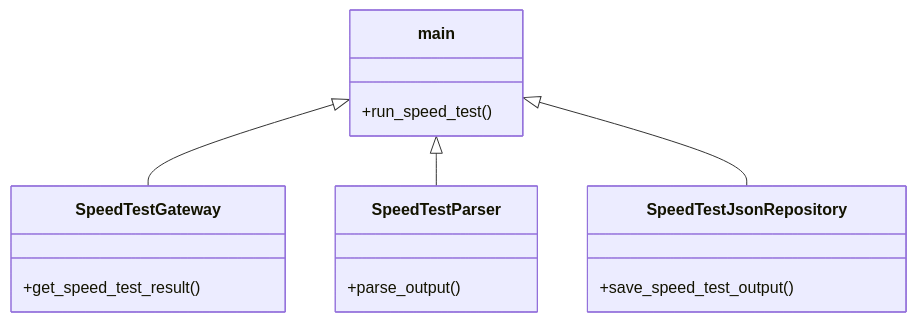
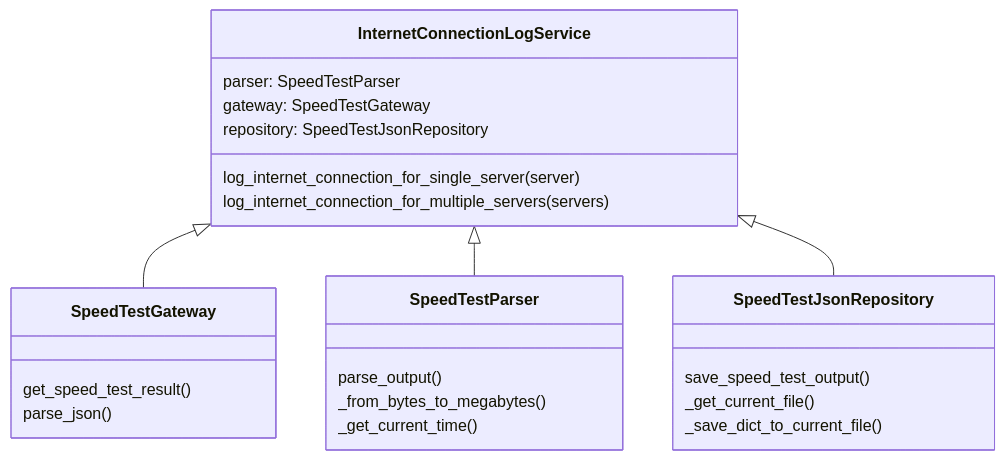
The diagram in README.md (galloramiro/internet-connection-log), drawn with Mermaid before and after one commit. The commit also changed 4 other files, not shown here.

Commit message:
- Create InternetConnectionLogService - Update main - Add command to get virtual env on Makefile - Update mermaid documentation

````diff
--- a/README.md
+++ b/README.md
@@ -36,16 +36,28 @@
 ```mermaid
 classDiagram
-    main <|-- SpeedTestGateway
-    main <|-- SpeedTestParser
-    main <|-- SpeedTestJsonRepository
-    main: +run_speed_test()
+    InternetConnectionLogService <|-- SpeedTestGateway
+    InternetConnectionLogService <|-- SpeedTestParser
+    InternetConnectionLogService <|-- SpeedTestJsonRepository
+
+    class InternetConnectionLogService{
+        parser: SpeedTestParser 
+        gateway: SpeedTestGateway
+        repository: SpeedTestJsonRepository
+        log_internet_connection_for_single_server(server)
+        log_internet_connection_for_multiple_servers(servers)
+    }
     class SpeedTestGateway{
-      +get_speed_test_result()
+      get_speed_test_result()
+      parse_json()
     }
     class SpeedTestParser{
-      +parse_output()
+      parse_output()
+      _from_bytes_to_megabytes()
+      _get_current_time()
     }
     class SpeedTestJsonRepository{
-      +save_speed_test_output()
+      save_speed_test_output()
+      _get_current_file()
+      _save_dict_to_current_file()
     }
 ```
````
